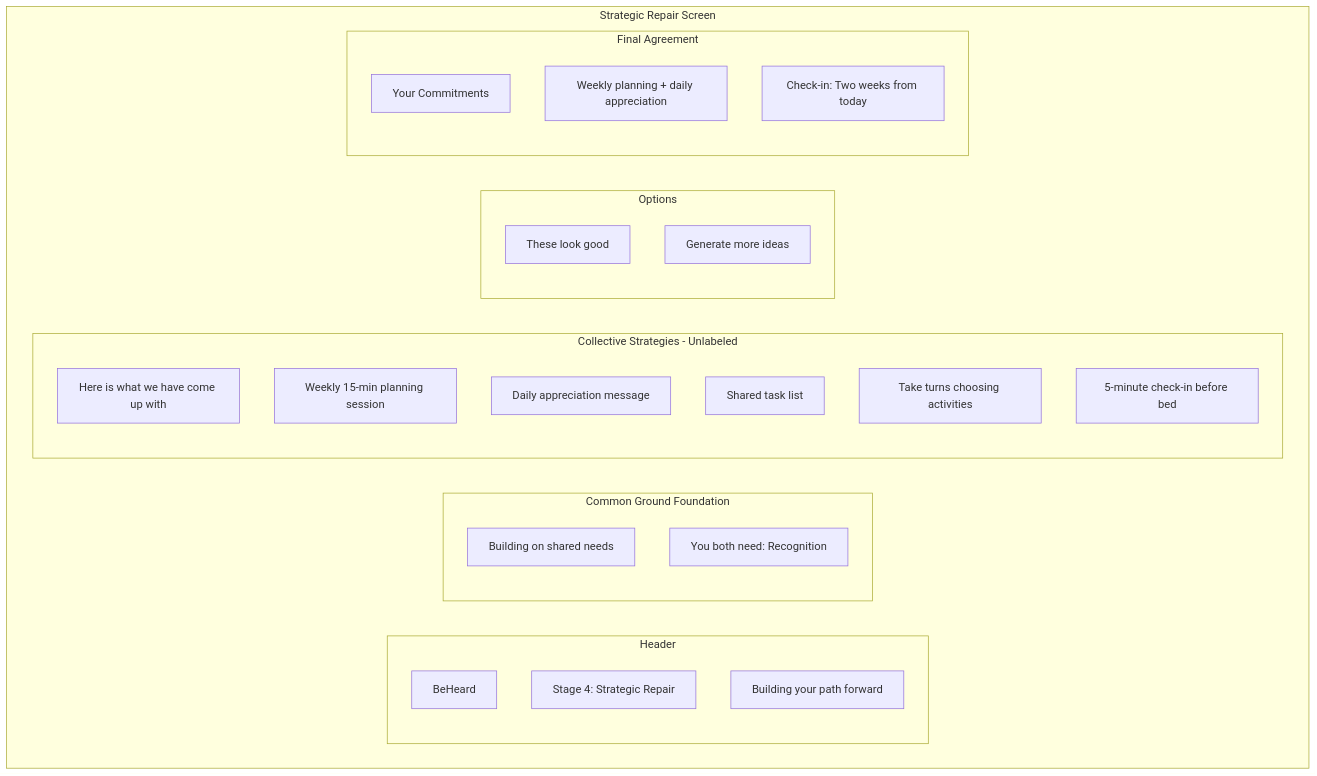
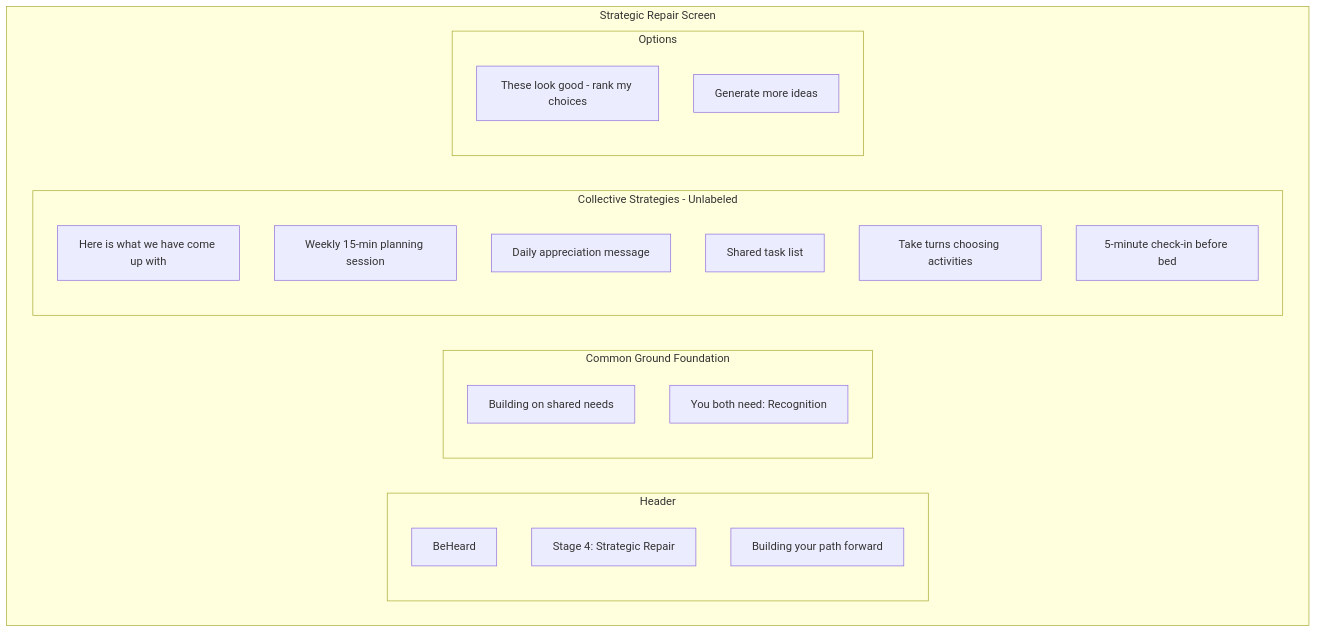
The fourth of 7 diagrams in docs/mvp-planning/plans/stages/stage-4-strategic-repair.md (shantamg/meet-without-fear), drawn with Mermaid before and after one commit. The commit also changed other lines of this file and 2 other files, not shown here.

First line of the commit message:
Redesign Stage 2/4 flows and demos for open-ended interaction

````diff
--- a/docs/mvp-planning/plans/stages/stage-4-strategic-repair.md
+++ b/docs/mvp-planning/plans/stages/stage-4-strategic-repair.md
@@ -124,35 +134,29 @@
 ```mermaid
 flowchart TB
     subgraph Screen[Strategic Repair Screen]
         subgraph Header[Header]
             Logo[BeHeard]
             Stage[Stage 4: Strategic Repair]
             Status[Building your path forward]
         end
 
         subgraph Foundation[Common Ground Foundation]
             Title1[Building on shared needs]
             SharedNeed[You both need: Recognition]
         end
 
         subgraph Strategies[Collective Strategies - Unlabeled]
             Title2[Here is what we have come up with]
             Strat1[Weekly 15-min planning session]
             Strat2[Daily appreciation message]
             Strat3[Shared task list]
             Strat4[Take turns choosing activities]
             Strat5[5-minute check-in before bed]
         end
 
         subgraph Actions[Options]
-            Happy[These look good]
+            Happy[These look good - rank my choices]
             More[Generate more ideas]
-        end
-
-        subgraph Agreed[Final Agreement]
-            Title3[Your Commitments]
-            Exp1[Weekly planning + daily appreciation]
-            FollowUp[Check-in: Two weeks from today]
         end
     end
 ```
````
